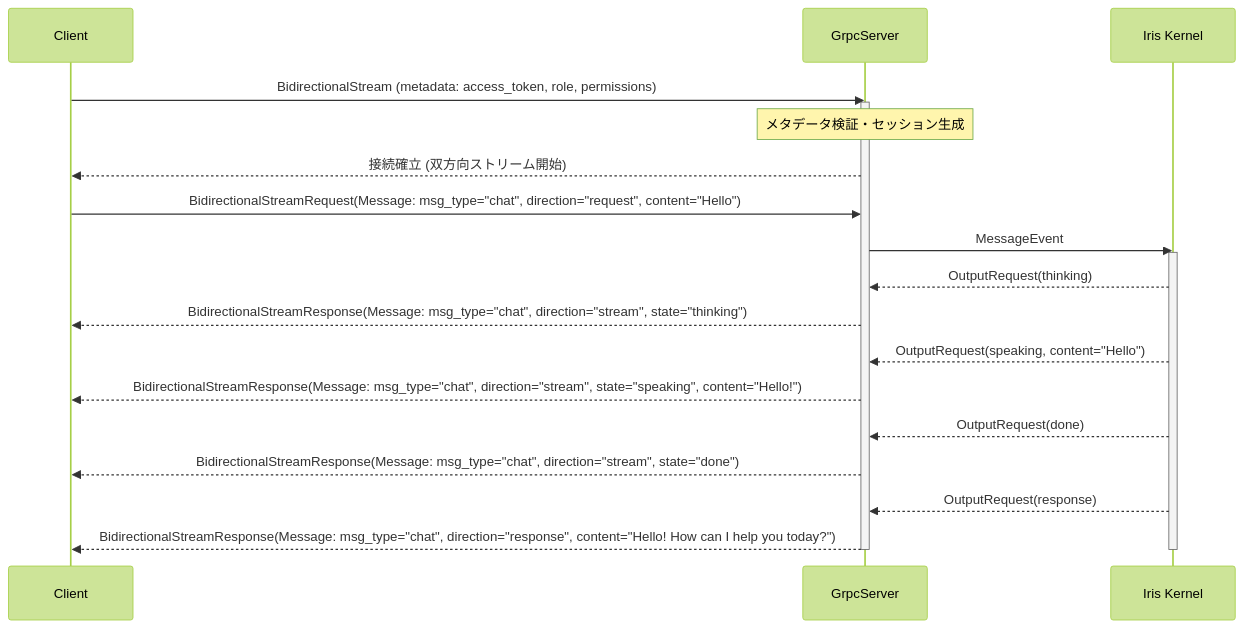
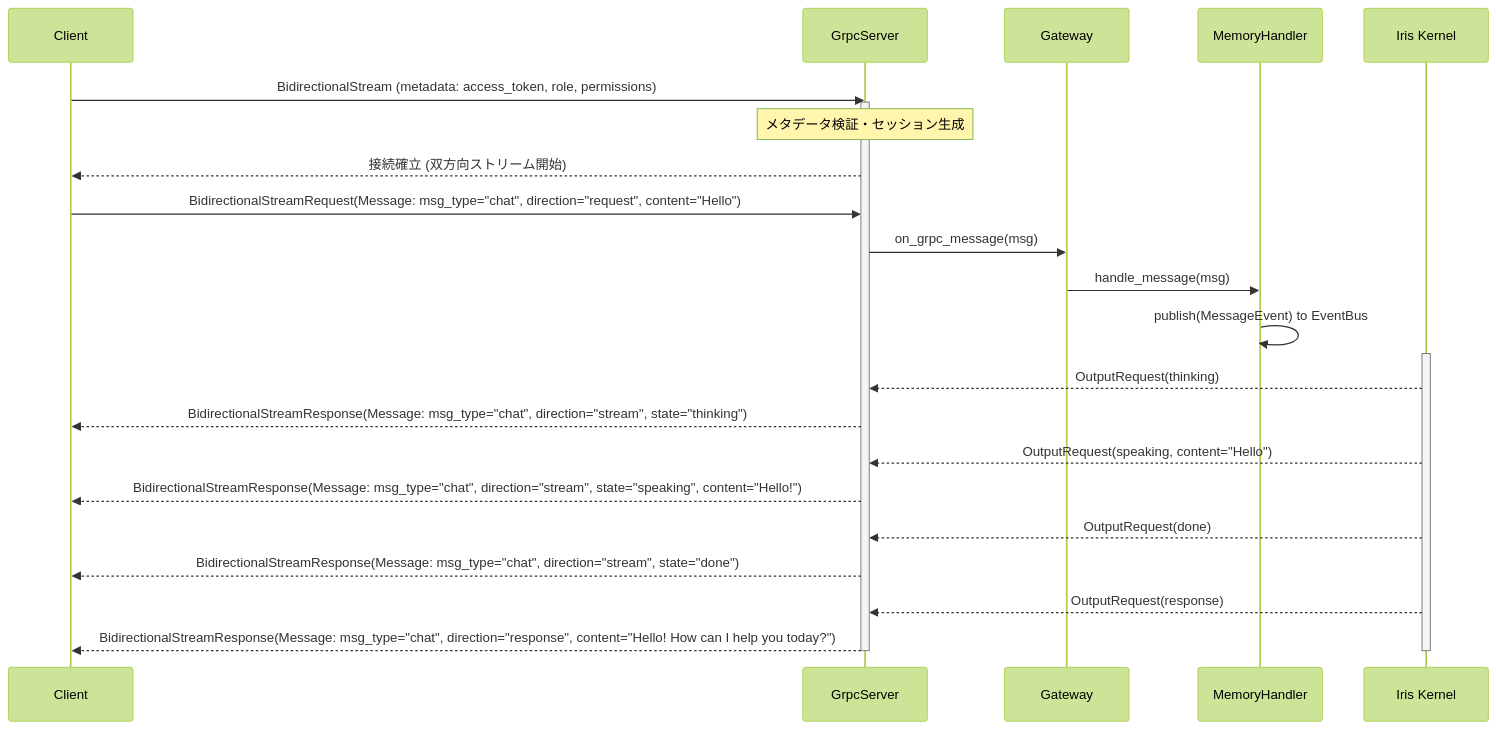
The first of 2 diagrams in docs/ipc-spec.md (ibukani/iris-mind), drawn with Mermaid (forest theme) before and after one commit. The commit also changed other lines of this file and 1 other file, not shown here.

Commit message:
docs: データフロー図とシーケンス図をhandlerコールバックパターンに更新
- client-guide.md: データフロー図をGateway→handler→EventBus構造に修正、末尾のgit文字列除去
- ipc-spec.md: シーケンス図にGateway/Handlerレイヤーを追記
- ipc-spec.md: 接続断時の挙動にauto user_left発行・抑制解除を追記

````diff
--- a/docs/ipc-spec.md
+++ b/docs/ipc-spec.md
@@ -155,25 +155,29 @@
 ```mermaid
 sequenceDiagram
     participant Client
     participant Server as GrpcServer
+    participant GW as Gateway
+    participant Handler as MemoryHandler
     participant Kernel as Iris Kernel
 
     Client->>Server: BidirectionalStream (metadata: access_token, role, permissions)
     activate Server
     Note over Server: メタデータ検証・セッション生成
     Server-->>Client: 接続確立 (双方向ストリーム開始)
 
     Client->>Server: BidirectionalStreamRequest(Message: msg_type="chat", direction="request", content="Hello")
-    Server->>Kernel: MessageEvent
+    Server->>GW: on_grpc_message(msg)
+    GW->>Handler: handle_message(msg)
+    Handler->>Handler: publish(MessageEvent) to EventBus
     activate Kernel
     Kernel-->>Server: OutputRequest(thinking)
     Server-->>Client: BidirectionalStreamResponse(Message: msg_type="chat", direction="stream", state="thinking")
     Kernel-->>Server: OutputRequest(speaking, content="Hello")
     Server-->>Client: BidirectionalStreamResponse(Message: msg_type="chat", direction="stream", state="speaking", content="Hello!")
     Kernel-->>Server: OutputRequest(done)
     Server-->>Client: BidirectionalStreamResponse(Message: msg_type="chat", direction="stream", state="done")
     Kernel-->>Server: OutputRequest(response)
     Server-->>Client: BidirectionalStreamResponse(Message: msg_type="chat", direction="response", content="Hello! How can I help you today?")
     deactivate Kernel
     deactivate Server
 ```
````
